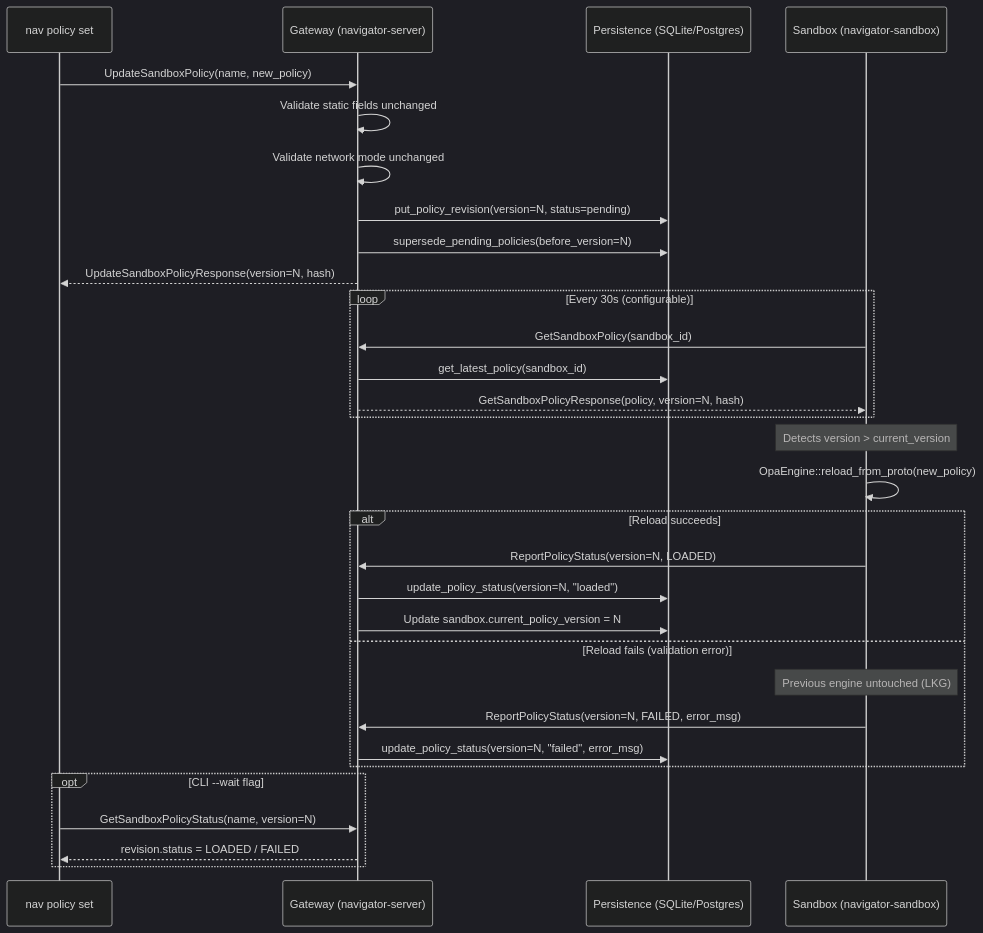
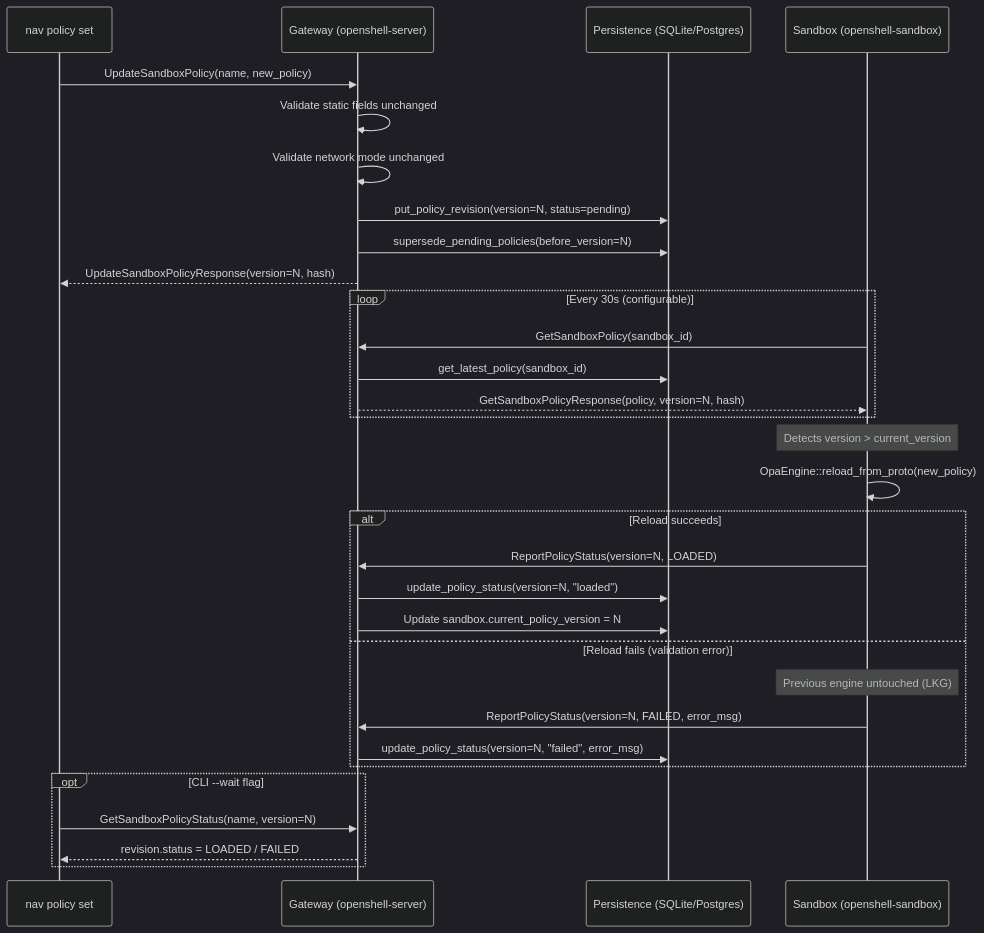
The second of 6 diagrams in architecture/security-policy.md (NVIDIA/OpenShell), drawn with Mermaid (dark theme) before and after one commit. The commit also changed other lines of this file and 283 other files, not shown here.

First line of the commit message:
refactor: rename navigator- crate prefix to openshell-

````diff
--- a/architecture/security-policy.md
+++ b/architecture/security-policy.md
@@ -104,38 +104,38 @@
 ```mermaid
 sequenceDiagram
     participant CLI as nav policy set
-    participant GW as Gateway (navigator-server)
+    participant GW as Gateway (openshell-server)
     participant DB as Persistence (SQLite/Postgres)
-    participant SB as Sandbox (navigator-sandbox)
+    participant SB as Sandbox (openshell-sandbox)
 
     CLI->>GW: UpdateSandboxPolicy(name, new_policy)
     GW->>GW: Validate static fields unchanged
     GW->>GW: Validate network mode unchanged
     GW->>DB: put_policy_revision(version=N, status=pending)
     GW->>DB: supersede_pending_policies(before_version=N)
     GW-->>CLI: UpdateSandboxPolicyResponse(version=N, hash)
 
     loop Every 30s (configurable)
         SB->>GW: GetSandboxPolicy(sandbox_id)
         GW->>DB: get_latest_policy(sandbox_id)
         GW-->>SB: GetSandboxPolicyResponse(policy, version=N, hash)
     end
 
     Note over SB: Detects version > current_version
     SB->>SB: OpaEngine::reload_from_proto(new_policy)
 
     alt Reload succeeds
         SB->>GW: ReportPolicyStatus(version=N, LOADED)
         GW->>DB: update_policy_status(version=N, "loaded")
         GW->>DB: Update sandbox.current_policy_version = N
     else Reload fails (validation error)
         Note over SB: Previous engine untouched (LKG)
         SB->>GW: ReportPolicyStatus(version=N, FAILED, error_msg)
         GW->>DB: update_policy_status(version=N, "failed", error_msg)
     end
 
     opt CLI --wait flag
         CLI->>GW: GetSandboxPolicyStatus(name, version=N)
         GW-->>CLI: revision.status = LOADED / FAILED
     end
 ```
````
